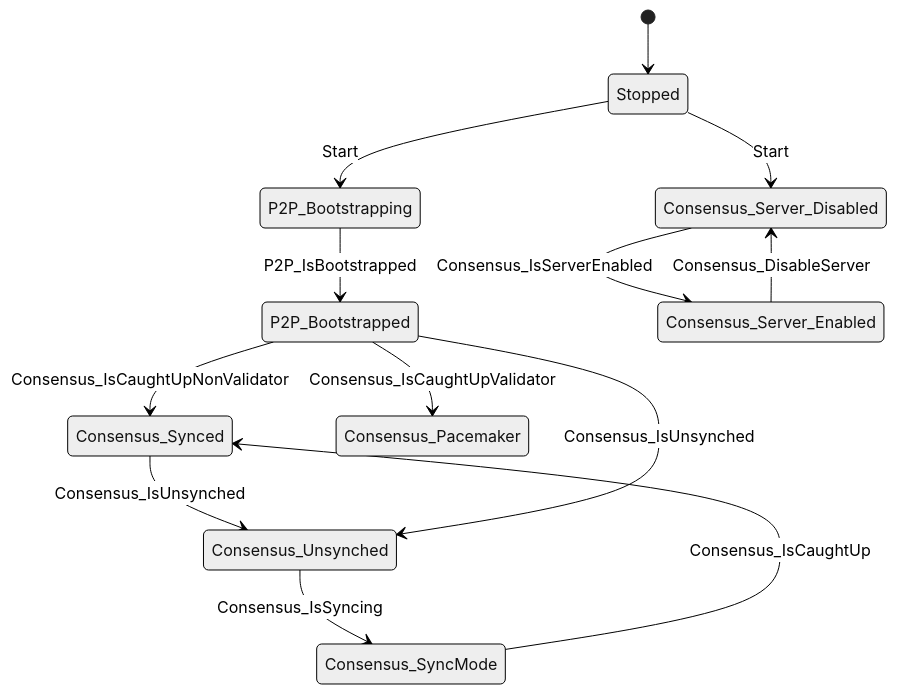
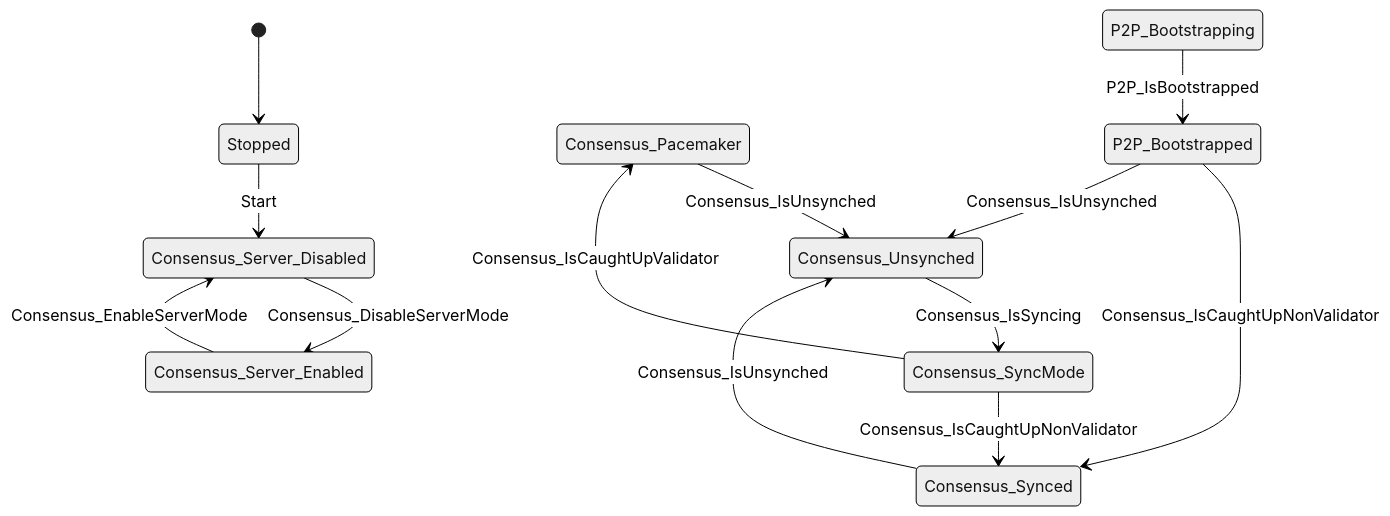
Before and after one commit to pokt-network/pocket: the diagram in state_machine/docs/state-machine.diagram.md, drawn with Mermaid (neutral theme). The commit also changed 6 other files, not shown here.

````diff
--- a/state_machine/docs/state-machine.diagram.md
+++ b/state_machine/docs/state-machine.diagram.md
@@ -5,15 +5,15 @@
 ```mermaid
 stateDiagram-v2
     [*] --> Stopped
+    Consensus_Pacemaker --> Consensus_Unsynched: Consensus_IsUnsynched
+    Consensus_Server_Disabled --> Consensus_Server_Enabled: Consensus_DisableServerMode
+    Consensus_Server_Enabled --> Consensus_Server_Disabled: Consensus_EnableServerMode
+    Consensus_SyncMode --> Consensus_Synced: Consensus_IsCaughtUpNonValidator
+    Consensus_SyncMode --> Consensus_Pacemaker: Consensus_IsCaughtUpValidator
     Consensus_Synced --> Consensus_Unsynched: Consensus_IsUnsynched
-    Consensus_SyncMode --> Consensus_Synced: Consensus_IsCaughtUp
     Consensus_Unsynched --> Consensus_SyncMode: Consensus_IsSyncing
-    P2P_Bootstrapped --> Consensus_Pacemaker: Consensus_IsCaughtUpValidator
     P2P_Bootstrapped --> Consensus_Synced: Consensus_IsCaughtUpNonValidator
     P2P_Bootstrapped --> Consensus_Unsynched: Consensus_IsUnsynched
     P2P_Bootstrapping --> P2P_Bootstrapped: P2P_IsBootstrapped
-    Consensus_Server_Enabled --> Consensus_Server_Disabled: Consensus_DisableServer
-    Consensus_Server_Disabled --> Consensus_Server_Enabled: Consensus_IsServerEnabled
     Stopped --> Consensus_Server_Disabled: Start
-    Stopped --> P2P_Bootstrapping: Start
 ```
````
